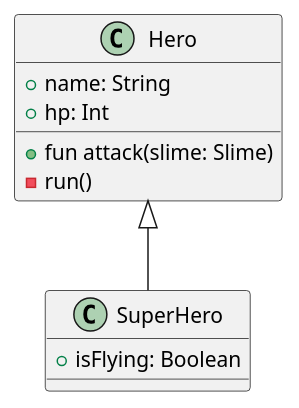
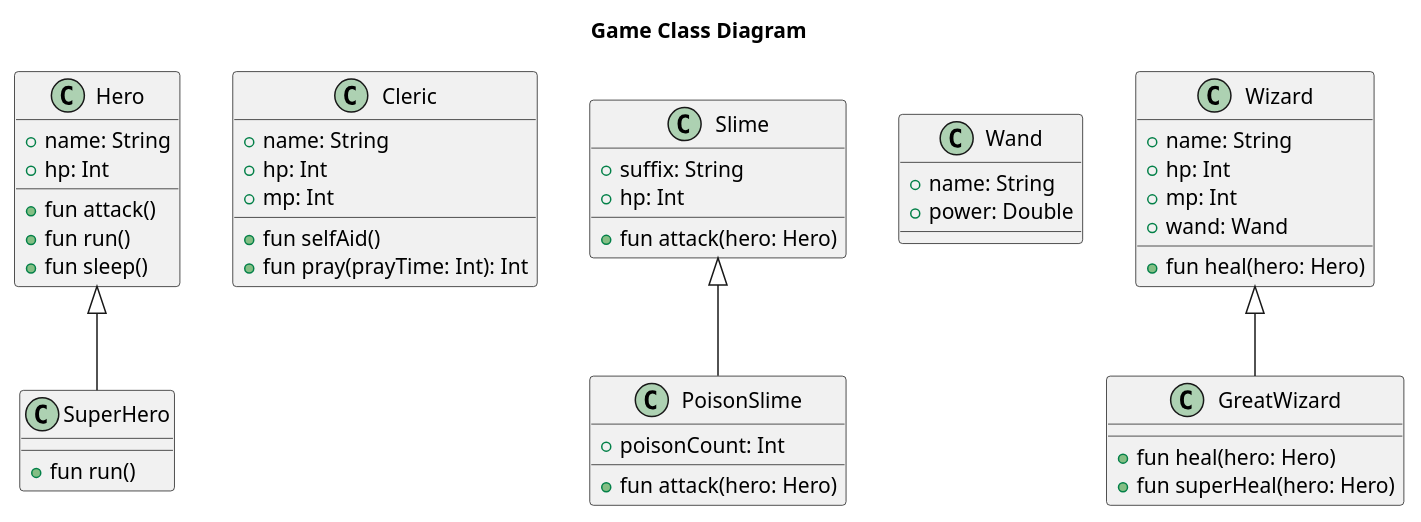
Before and after one commit to SurvivalCodingCampus/gangnam2_kotlin_study: the diagram in src/main/kotlin/com/luca/kotlinstudy/Game.puml, drawn with PlantUML.

Commit message:
docs: 게임 객체 클래스 다이어그램(game.puml) 추가

```diff
--- a/src/main/kotlin/com/luca/kotlinstudy/Game.puml
+++ b/src/main/kotlin/com/luca/kotlinstudy/Game.puml
@@ -1,15 +1,55 @@
 @startuml
 scale 1
+title Game Class Diagram
 
 class Hero {
     + name: String
     + hp: Int
-
-    + fun attack(slime: Slime)
-    - run()
+    + fun attack()
+    + fun run()
+    + fun sleep()
 }
 
 class SuperHero extends Hero {
-    + isFlying: Boolean
+    + fun run()
 }
+
+class Cleric {
+    + name: String
+    + hp: Int
+    + mp: Int
+    + fun selfAid()
+    + fun pray(prayTime: Int): Int
+}
+
+class Slime {
+    + suffix: String
+    + hp: Int
+    + fun attack(hero: Hero)
+}
+
+class PoisonSlime extends Slime {
+    + poisonCount: Int
+    + fun attack(hero: Hero)
+}
+
+
+class Wand {
+    + name: String
+    + power: Double
+}
+
+class Wizard {
+    + name: String
+    + hp: Int
+    + mp: Int
+    + wand: Wand
+    + fun heal(hero: Hero)
+}
+
+class GreatWizard extends Wizard {
+    + fun heal(hero: Hero)
+    + fun superHeal(hero: Hero)
+}
+
 @enduml
```
